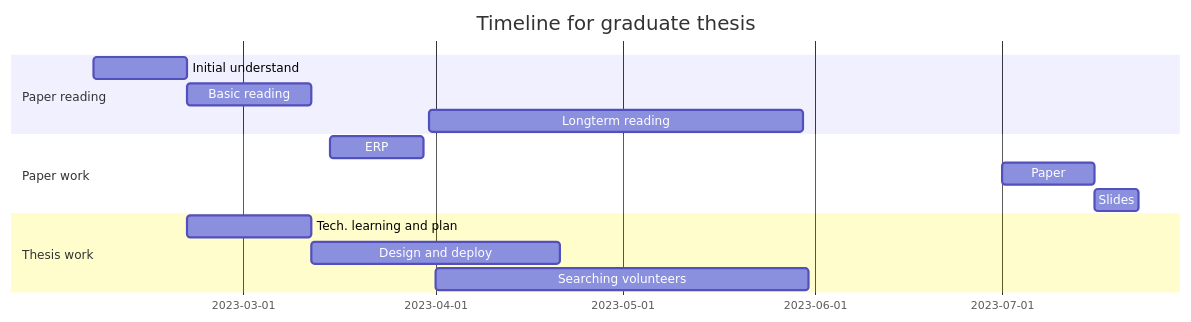
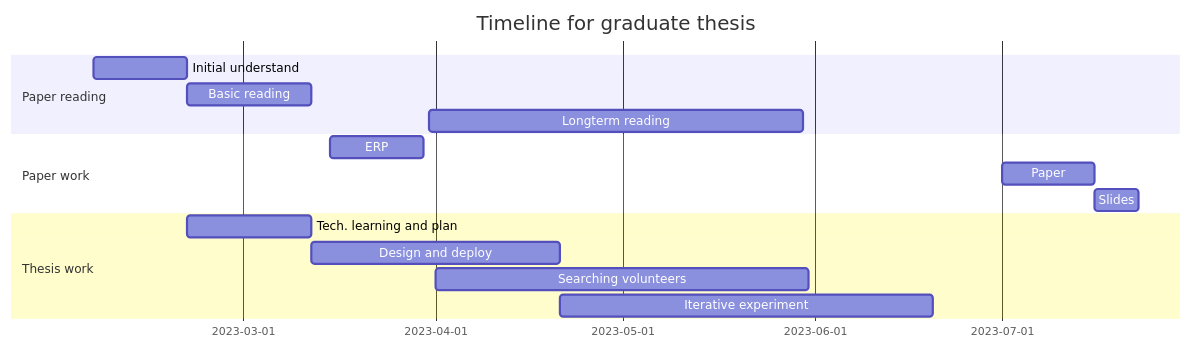
One commit to hinczhang/GraduteThesis_Master changed the diagram in README.md. Above: the diagram before and after it, drawn with Mermaid.

Commit message:
daily update

````diff
--- a/README.md
+++ b/README.md
@@ -9,17 +9,18 @@
 ```mermaid
 gantt
     title Timeline for graduate thesis
     dateFormat  YYYY-MM-DD
     section Paper reading
     Initial understand              :a1, 2023-02-05, 15d
     Basic reading                   :a2, after a1, 20d
     Longterm reading                :2023-03-31, 60d
     section Paper work
     ERP                             :b1, 2023-03-15, 15d
     Paper                           :b2, 2023-07-01, 15d
     Slides                          :b3, after b2, 7d
     section Thesis work
     Tech. learning and plan         :c1, after a1, 20d
     Design and deploy               :c2, after c1, 40d
     Searching volunteers            :c3, 2023-04-01, 60d
+    Iterative experiment            :c4, after c2, 60d
 ```
````
